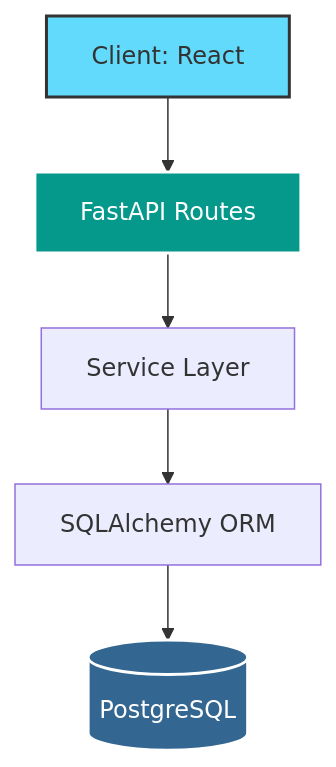
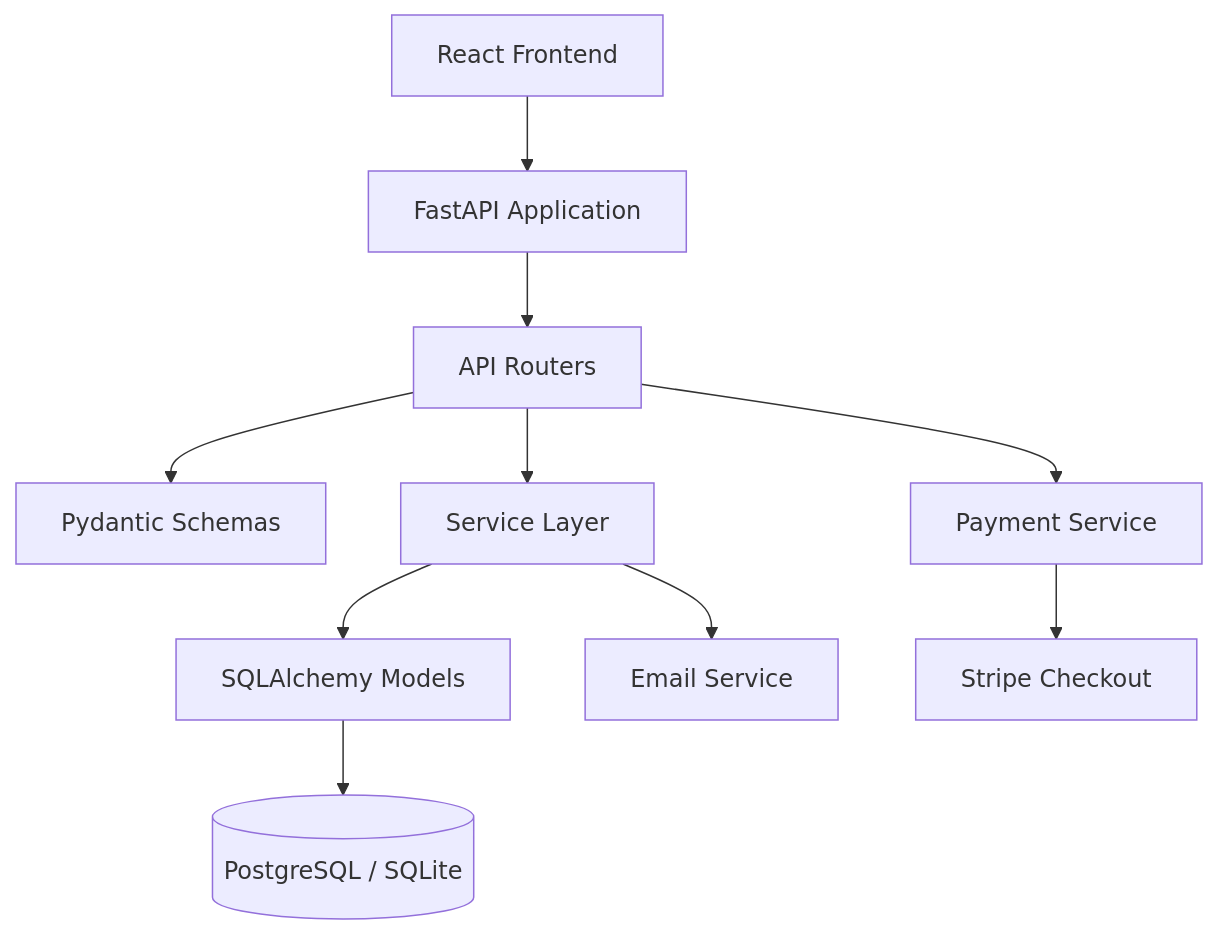
One commit to DeepthiPavurala/product-inventory-main changed the diagram in README.md. Above: the diagram before and after it, drawn with Mermaid. The commit also changed other lines of this file and 1 other file, not shown here.

````diff
--- a/README.md
+++ b/README.md
@@ -195,11 +124,12 @@
 ```mermaid
 graph TD
-    A[Client: React] --> B[FastAPI Routes]
-    B --> C[Service Layer]
-    C --> D[SQLAlchemy ORM]
-    D --> E[(PostgreSQL)]
-
-    style A fill:#61DAFB,stroke:#333,stroke-width:2px
-    style B fill:#05998B,stroke:#fff,stroke-width:2px,color:#fff
-    style E fill:#336791,stroke:#fff,stroke-width:2px,color:#fff
+    A[React Frontend] --> B[FastAPI Application]
+    B --> C[API Routers]
+    C --> D[Pydantic Schemas]
+    C --> E[Service Layer]
+    E --> F[SQLAlchemy Models]
+    F --> G[(PostgreSQL / SQLite)]
+    E --> H[Email Service]
+    C --> I[Payment Service]
+    I --> J[Stripe Checkout]
 ```
````
